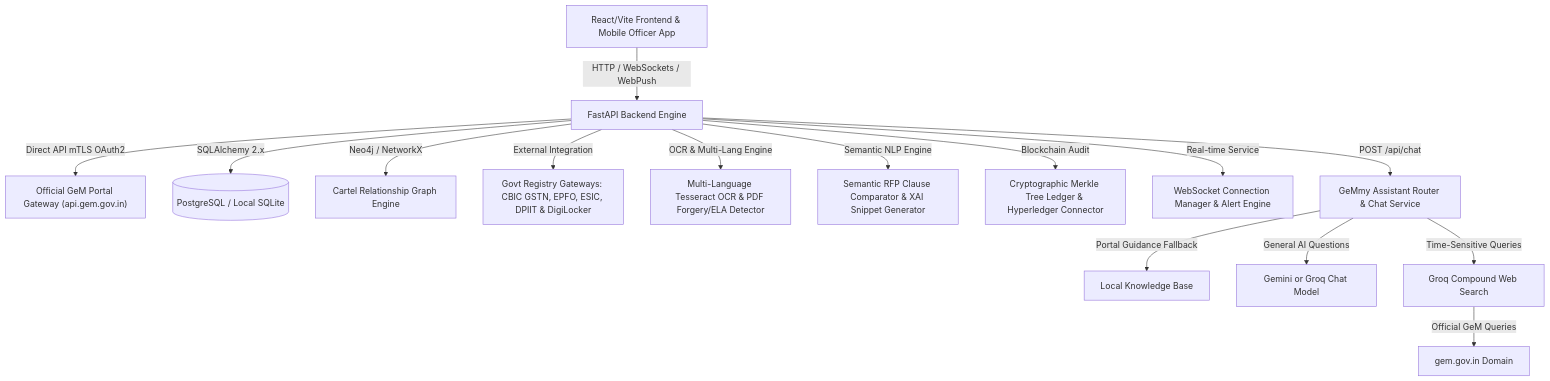
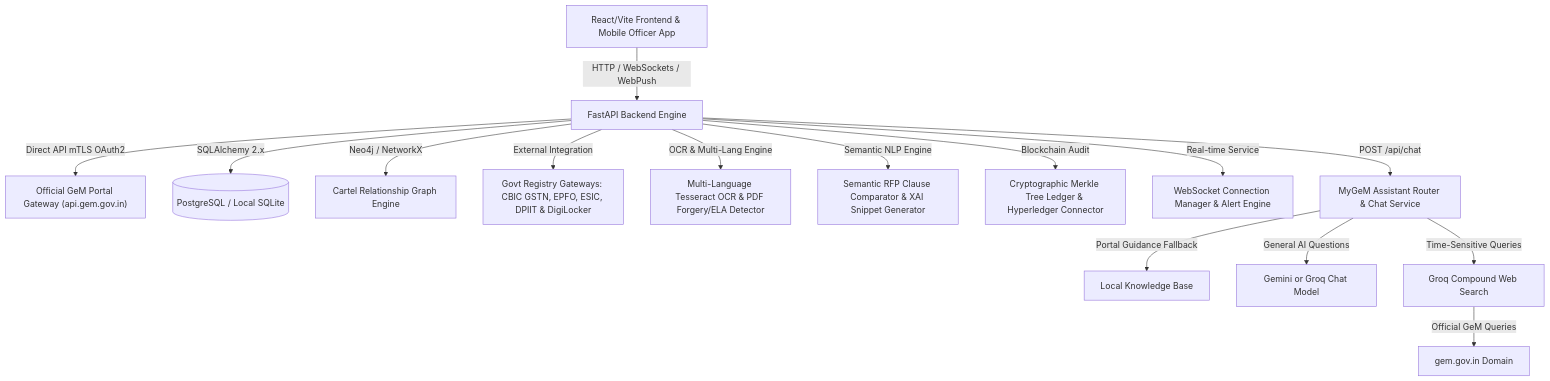
The first of 2 diagrams in brain.md (Yogeshsingh123-LAB/-AI-Powered-Integrated-Bid-Compliance-Verification-Platform-for-GeM-Procurement), drawn with Mermaid before and after one commit. The commit also changed other lines of this file and 3 other files, not shown here.

Commit message:
chore: rename GeMmy assistant to MyGeM

````diff
--- a/brain.md
+++ b/brain.md
@@ -14,17 +14,17 @@
 ```mermaid
 graph TD
     A["React/Vite Frontend & Mobile Officer App"] -- "HTTP / WebSockets / WebPush" --> B["FastAPI Backend Engine"]
     B -- "Direct API mTLS OAuth2" --> GeM["Official GeM Portal Gateway (api.gem.gov.in)"]
     B -- "SQLAlchemy 2.x" --> C[("PostgreSQL / Local SQLite")]
     B -- "Neo4j / NetworkX" --> D["Cartel Relationship Graph Engine"]
     B -- "External Integration" --> E["Govt Registry Gateways: CBIC GSTN, EPFO, ESIC, DPIIT & DigiLocker"]
     B -- "OCR & Multi-Lang Engine" --> F["Multi-Language Tesseract OCR & PDF Forgery/ELA Detector"]
     B -- "Semantic NLP Engine" --> G["Semantic RFP Clause Comparator & XAI Snippet Generator"]
     B -- "Blockchain Audit" --> H["Cryptographic Merkle Tree Ledger & Hyperledger Connector"]
     B -- "Real-time Service" --> I["WebSocket Connection Manager & Alert Engine"]
-    B -- "POST /api/chat" --> J["GeMmy Assistant Router & Chat Service"]
+    B -- "POST /api/chat" --> J["MyGeM Assistant Router & Chat Service"]
     J -- "Portal Guidance Fallback" --> K["Local Knowledge Base"]
     J -- "General AI Questions" --> L["Gemini or Groq Chat Model"]
     J -- "Time-Sensitive Queries" --> M["Groq Compound Web Search"]
     M -- "Official GeM Queries" --> N["gem.gov.in Domain"]
 ```
````
